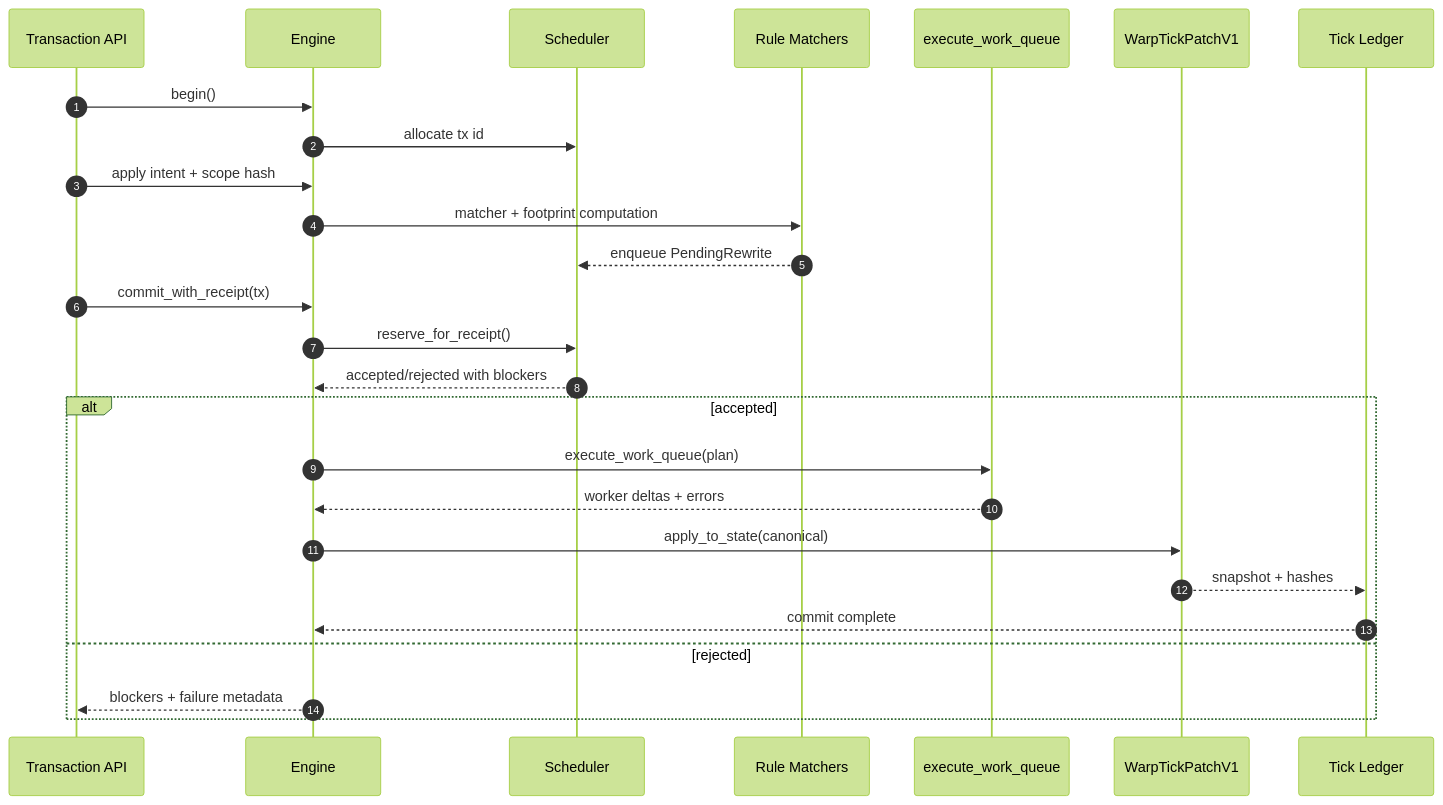
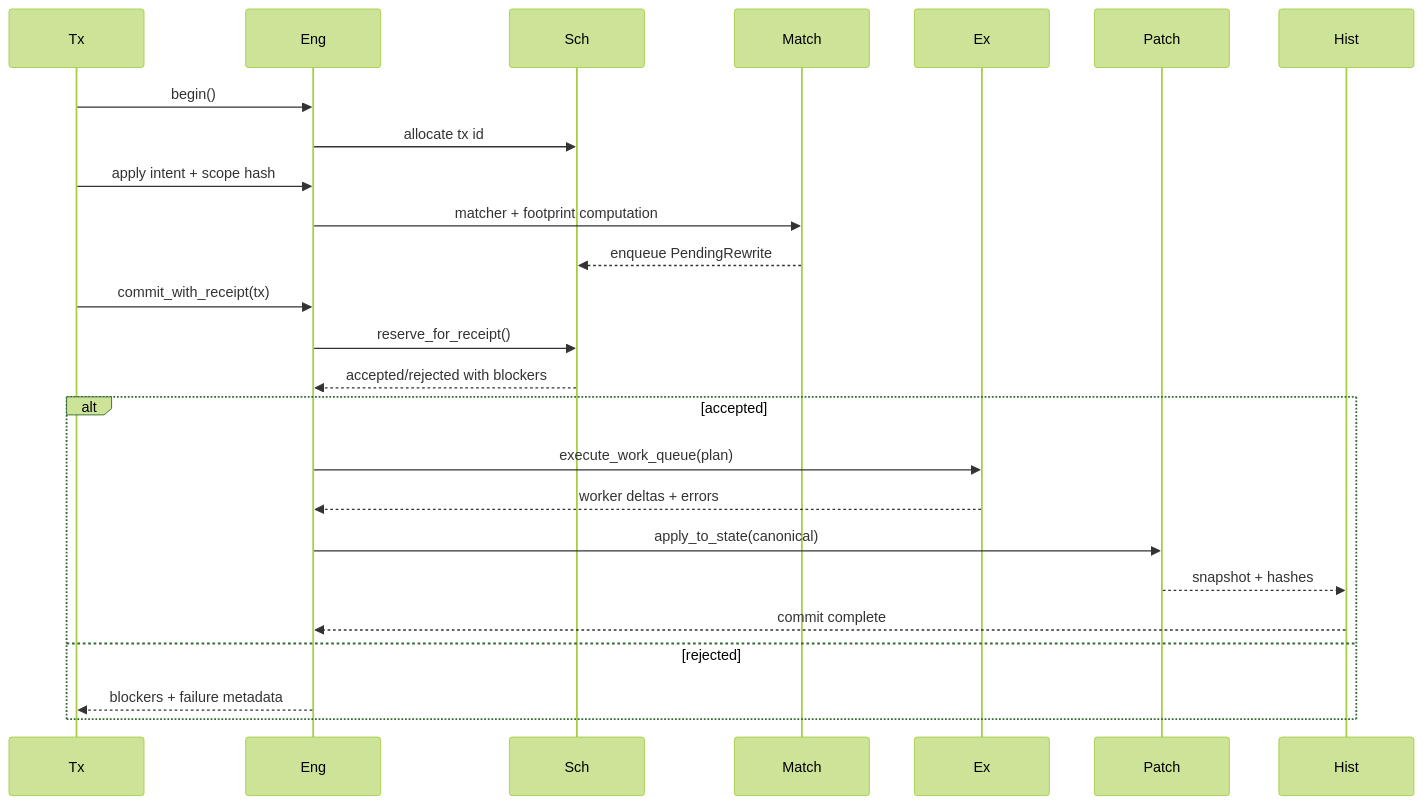
Diagram 11 of 34 in docs/technical-teardown.md (flyingrobots/echo), drawn with Mermaid (forest theme) before and after one commit. The commit also changed other lines of this file, not shown here.

Commit message:
docs: harden technical teardown mermaid diagrams

````diff
--- a/docs/technical-teardown.md
+++ b/docs/technical-teardown.md
@@ -369,29 +367,28 @@
 ```mermaid
 sequenceDiagram
-  autonumber
-  participant Tx as Transaction API
-  participant Eng as Engine
-  participant Sch as Scheduler
-  participant Match as Rule Matchers
-  participant Ex as execute_work_queue
-  participant Patch as WarpTickPatchV1
-  participant Hist as Tick Ledger
+  participant Tx
+  participant Eng
+  participant Sch
+  participant Match
+  participant Ex
+  participant Patch
+  participant Hist
 
   Tx->>Eng: begin()
   Eng->>Sch: allocate tx id
   Tx->>Eng: apply intent + scope hash
   Eng->>Match: matcher + footprint computation
   Match-->>Sch: enqueue PendingRewrite
   Tx->>Eng: commit_with_receipt(tx)
   Eng->>Sch: reserve_for_receipt()
   Sch-->>Eng: accepted/rejected with blockers
   alt accepted
     Eng->>Ex: execute_work_queue(plan)
     Ex-->>Eng: worker deltas + errors
     Eng->>Patch: apply_to_state(canonical)
     Patch-->>Hist: snapshot + hashes
     Hist-->>Eng: commit complete
   else rejected
     Eng-->>Tx: blockers + failure metadata
   end
 ```
````
